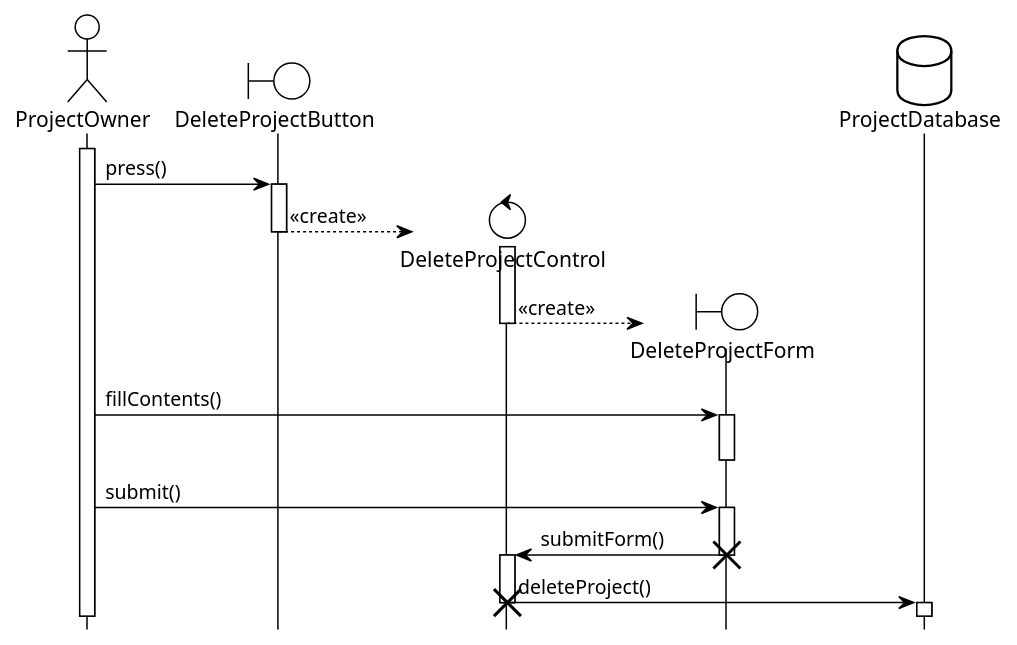
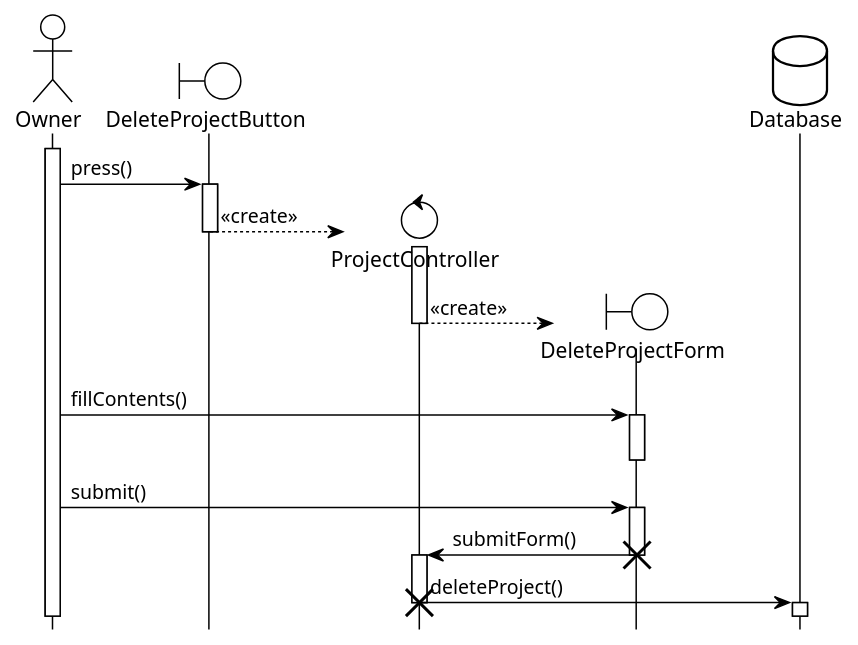
Before and after one commit to BlueMango10/Project-uml: the diagram in Use case sequence diagrams/DeleteProject.puml, drawn with PlantUML. The commit also changed 22 other files, not shown here.

Commit message:
redfined sequence diagrams and use case

```diff
--- a/Use case sequence diagrams/DeleteProject.puml
+++ b/Use case sequence diagrams/DeleteProject.puml
@@ -1,39 +1,39 @@
 @startuml DeleteProject
 !theme plain
 hide footbox
-actor ProjectOwner as po
+actor Owner as po
 boundary DeleteProjectButton as dpb
-control DeleteProjectControl as dpc
+control ProjectController as dpc
 boundary DeleteProjectForm as dpf
-database ProjectDatabase as pd
+database Database as pd
 
 activate po
 
 po -> dpb : press()
 activate dpb
 
 create dpc
 dpb --> dpc : <<create>>
 deactivate dpb
 activate dpc
 
 create dpf
 dpc --> dpf : <<create>>
 deactivate dpc
 
 po -> dpf : fillContents()
 activate dpf
 deactivate dpf
 
 po -> dpf : submit()
 activate dpf
 
 dpf -> dpc : submitForm()
 destroy dpf
 activate dpc
 
 dpc -> pd : deleteProject()
 destroy dpc
 activate pd
 deactivate pd
 @enduml
```
